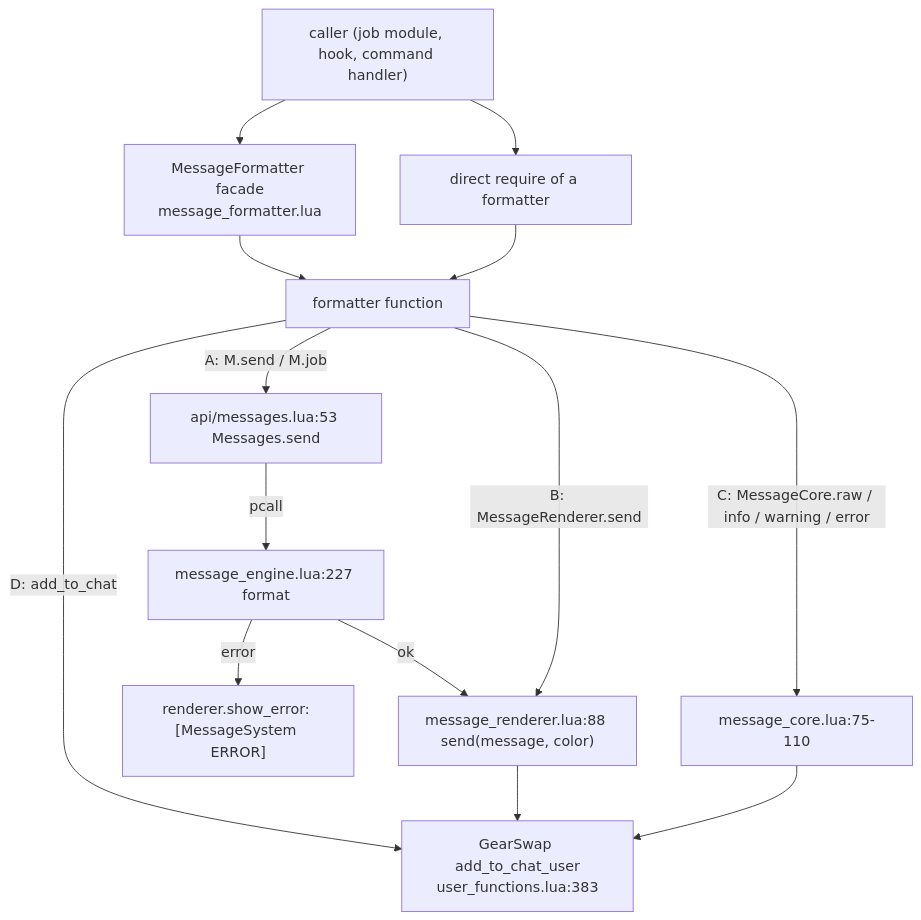
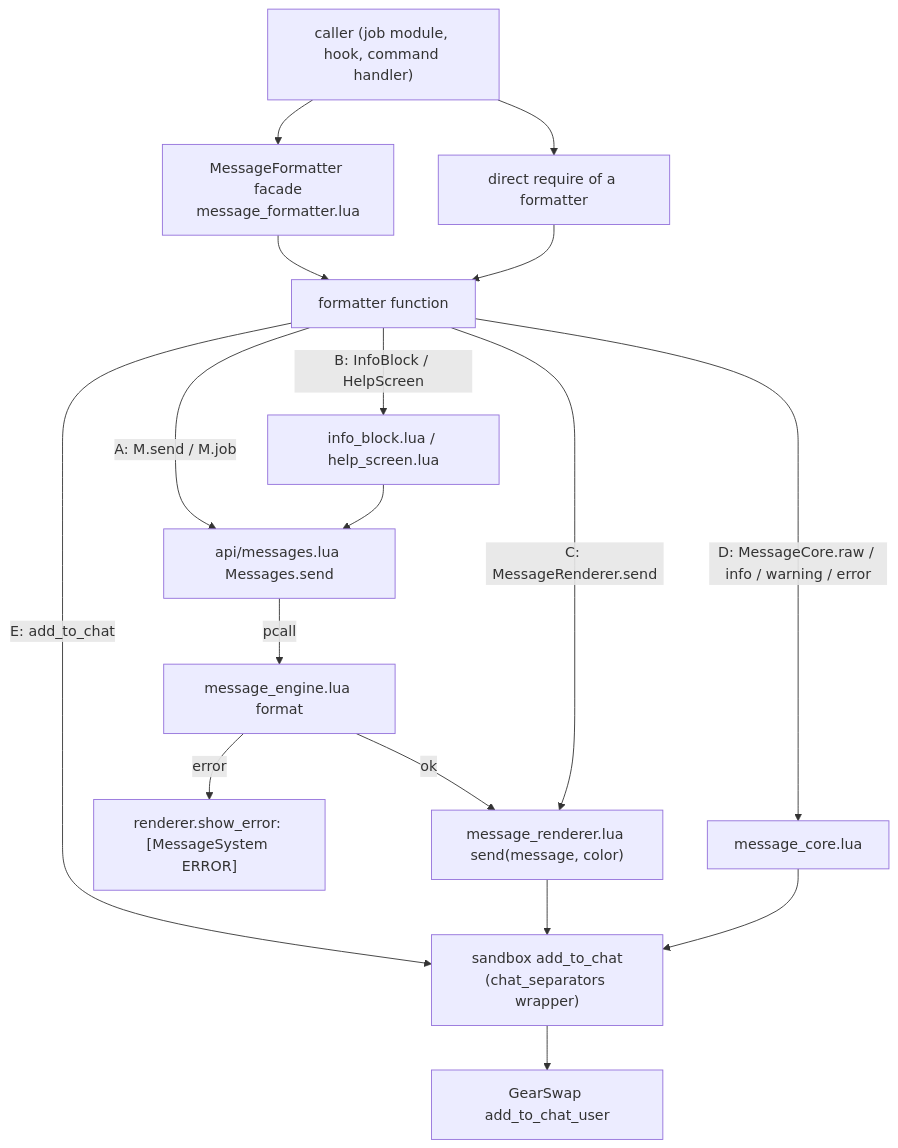
Before and after one commit to ejouanchicot/Gearswap: the diagram in docs/dev/systems/messages-formatters.md, drawn with Mermaid. The commit also changed other lines of this file and 14 other files, not shown here.

First line of the commit message:
docs(dev): re-verify systems and architecture pages against the code

````diff
--- a/docs/dev/systems/messages-formatters.md
+++ b/docs/dev/systems/messages-formatters.md
@@ -81,16 +78,19 @@
 ```mermaid
 flowchart TD
     CALLER["caller (job module, hook, command handler)"] --> FAC["MessageFormatter facade<br/>message_formatter.lua"]
     CALLER --> DIRECT["direct require of a formatter"]
     FAC --> F["formatter function"]
     DIRECT --> F
-    F -->|"A: M.send / M.job"| API["api/messages.lua:53 Messages.send"]
-    API -->|pcall| ENG["message_engine.lua:227 format"]
-    ENG -->|"ok"| REND["message_renderer.lua:88 send(message, color)"]
+    F -->|"A: M.send / M.job"| API["api/messages.lua Messages.send"]
+    F -->|"B: InfoBlock / HelpScreen"| BLK["info_block.lua / help_screen.lua"]
+    BLK --> API
+    API -->|pcall| ENG["message_engine.lua format"]
+    ENG -->|"ok"| REND["message_renderer.lua send(message, color)"]
     ENG -->|"error"| ERR["renderer.show_error: [MessageSystem ERROR]"]
-    F -->|"B: MessageRenderer.send"| REND
-    F -->|"C: MessageCore.raw / info / warning / error"| CORE["message_core.lua:75-110"]
-    F -->|"D: add_to_chat"| ATC["GearSwap add_to_chat_user<br/>user_functions.lua:383"]
-    REND --> ATC
-    CORE --> ATC
+    F -->|"C: MessageRenderer.send"| REND
+    F -->|"D: MessageCore.raw / info / warning / error"| CORE["message_core.lua"]
+    F -->|"E: add_to_chat"| WRAP["sandbox add_to_chat<br/>(chat_separators wrapper)"]
+    REND --> WRAP
+    CORE --> WRAP
+    WRAP --> ATC["GearSwap add_to_chat_user"]
 ```
````
